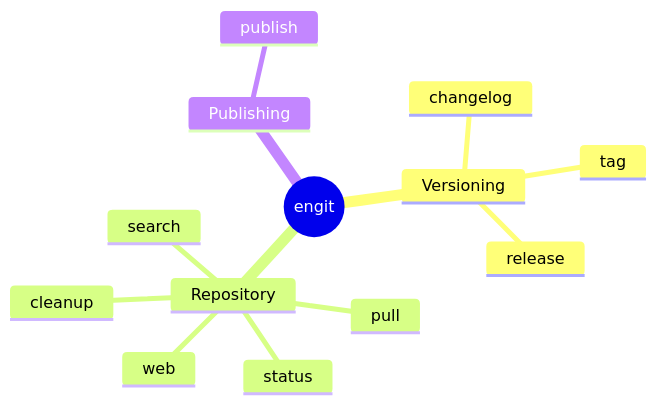
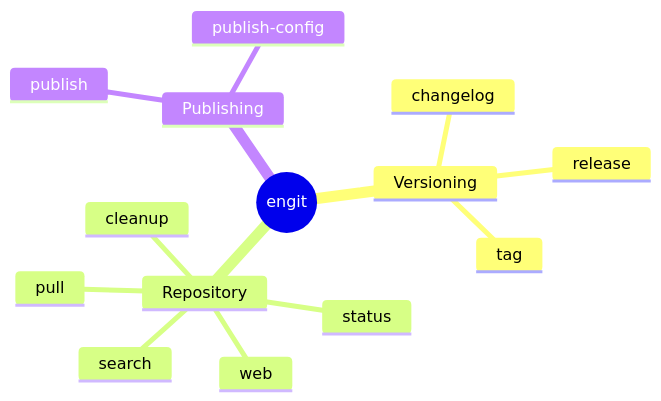
The first of 2 diagrams in docs/cli-reference/engit.md (gtvfx-envoy/envoy_utils), drawn with Mermaid before and after one commit. The commit also changed other lines of this file, not shown here.

First line of the commit message:
Added a user config for storing user settings.

````diff
--- a/docs/cli-reference/engit.md
+++ b/docs/cli-reference/engit.md
@@ -7,16 +7,17 @@
 ```mermaid
 mindmap
   root((engit))
     Versioning
       tag
       release
       changelog
     Repository
       status
       cleanup
       pull
       web
       search
     Publishing
       publish
+      publish-config
 ```
````
